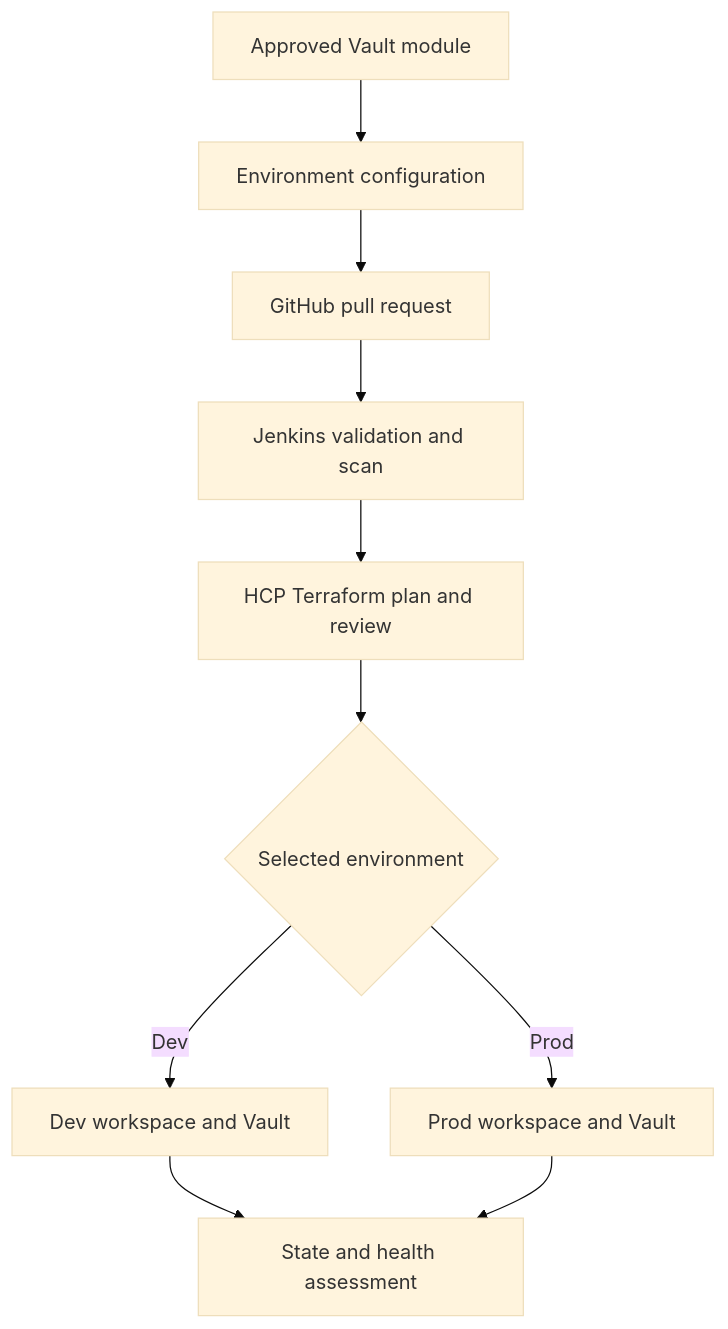
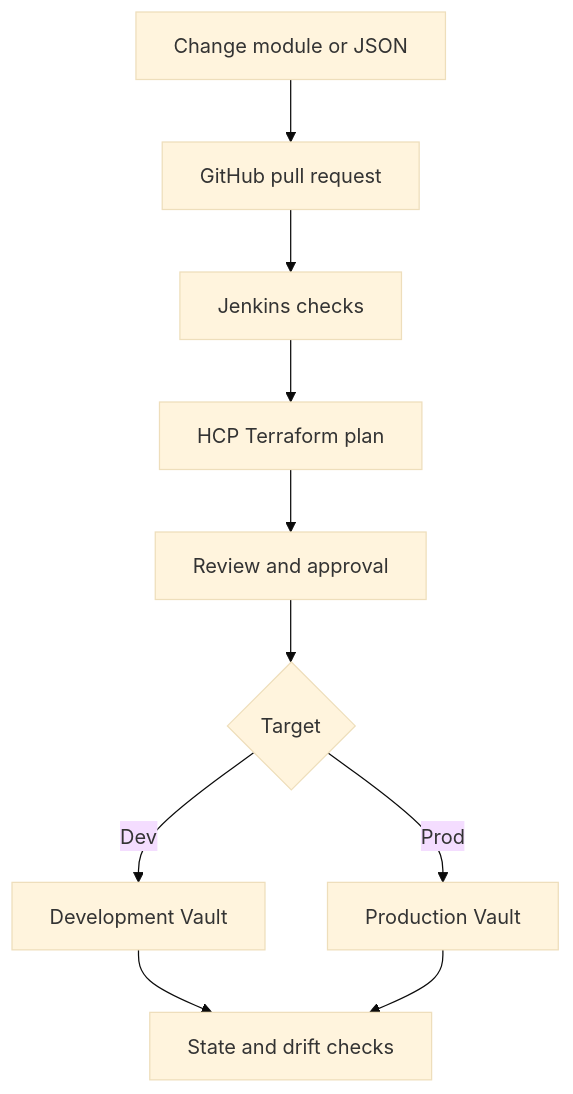
One commit to therayy/terraform-ntax changed the first of 3 diagrams in README.md. Above: the diagram before and after it, drawn with Mermaid (base theme). The commit also changed other lines of this file and 1 other file, not shown here.

````diff
--- a/README.md
+++ b/README.md
@@ -110,12 +66,12 @@
 ```mermaid
 flowchart TD
-    A["Approved Vault module"] --> B["Environment configuration"]
-    B --> C["GitHub pull request"]
-    C --> D["Jenkins validation and scan"]
-    D --> E["HCP Terraform plan and review"]
-    E --> F{"Selected environment"}
-    F -->|Dev| G["Dev workspace and Vault"]
-    F -->|Prod| H["Prod workspace and Vault"]
-    G --> I["State and health assessment"]
+    A["Change module or JSON"] --> B["GitHub pull request"]
+    B --> C["Jenkins checks"]
+    C --> D["HCP Terraform plan"]
+    D --> E["Review and approval"]
+    E --> F{"Target"}
+    F -->|Dev| G["Development Vault"]
+    F -->|Prod| H["Production Vault"]
+    G --> I["State and drift checks"]
     H --> I
 ```
````
